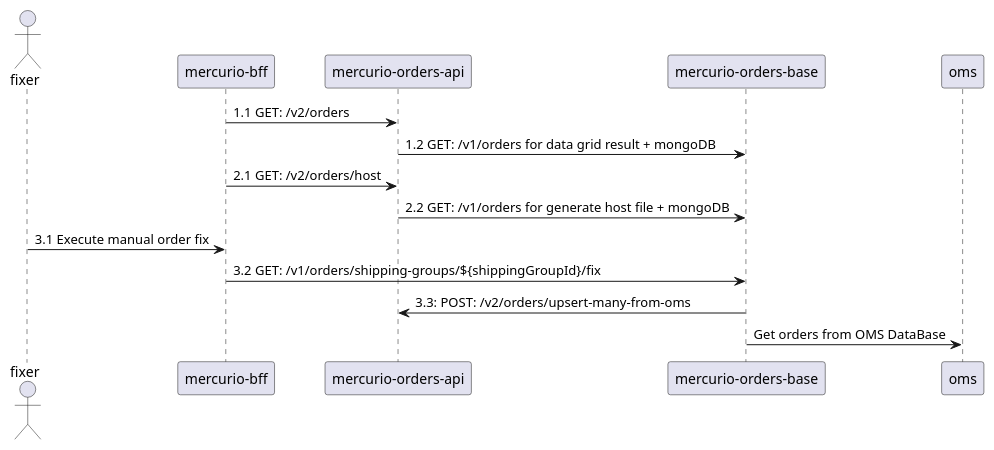
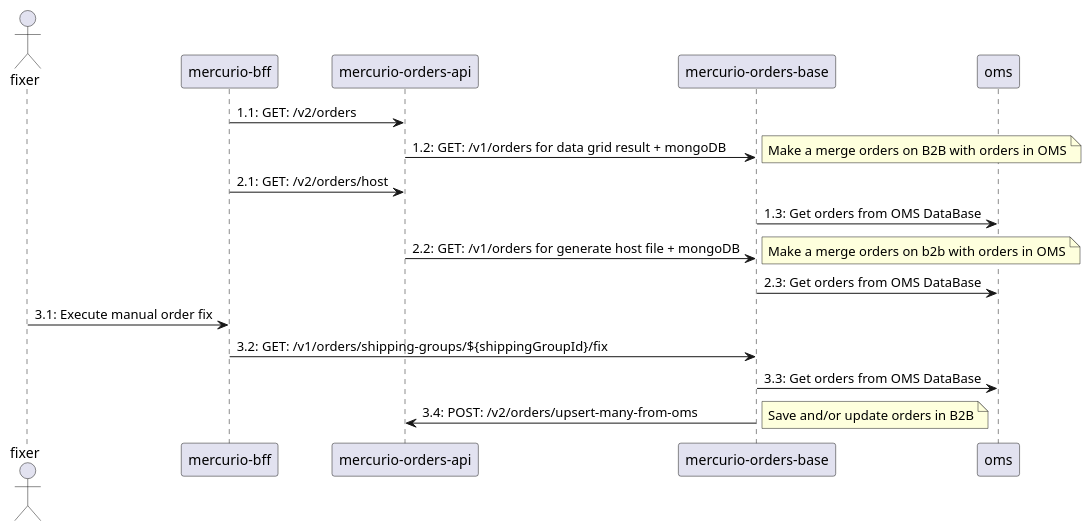
The diagram in B2BArchitectureDiagrams/mercurioOrdersApiOrdersBaseConnection.puml (zearkiatos/architecture-diagrams), drawn with PlantUML before and after one commit.

Commit message:
Add description

```diff
--- a/B2BArchitectureDiagrams/mercurioOrdersApiOrdersBaseConnection.puml
+++ b/B2BArchitectureDiagrams/mercurioOrdersApiOrdersBaseConnection.puml
@@ -1,11 +1,16 @@
 @startuml
 actor fixer
-"mercurio-bff" -> "mercurio-orders-api" : 1.1 GET: /v2/orders
-"mercurio-orders-api" -> "mercurio-orders-base" : 1.2 GET: /v1/orders for data grid result + mongoDB
-"mercurio-bff" -> "mercurio-orders-api" : 2.1 GET: /v2/orders/host
-"mercurio-orders-api" -> "mercurio-orders-base": 2.2 GET: /v1/orders for generate host file + mongoDB
-fixer -> "mercurio-bff" : 3.1 Execute manual order fix
-"mercurio-bff" -> "mercurio-orders-base" : 3.2 GET: /v1/orders/shipping-groups/${shippingGroupId}/fix
-"mercurio-orders-base" -> "mercurio-orders-api" : 3.3: POST: /v2/orders/upsert-many-from-oms
-oms <- "mercurio-orders-base" : Get orders from OMS DataBase
+"mercurio-bff" -> "mercurio-orders-api" : 1.1: GET: /v2/orders
+"mercurio-orders-api" -> "mercurio-orders-base" : 1.2: GET: /v1/orders for data grid result + mongoDB
+note right: Make a merge orders on B2B with orders in OMS
+"mercurio-bff" -> "mercurio-orders-api" : 2.1: GET: /v2/orders/host
+oms <- "mercurio-orders-base" : 1.3: Get orders from OMS DataBase
+"mercurio-orders-api" -> "mercurio-orders-base": 2.2: GET: /v1/orders for generate host file + mongoDB
+note right: Make a merge orders on b2b with orders in OMS
+oms <- "mercurio-orders-base" : 2.3: Get orders from OMS DataBase
+fixer -> "mercurio-bff" : 3.1: Execute manual order fix
+"mercurio-bff" -> "mercurio-orders-base" : 3.2: GET: /v1/orders/shipping-groups/${shippingGroupId}/fix
+oms <- "mercurio-orders-base" : 3.3: Get orders from OMS DataBase
+"mercurio-orders-base" -> "mercurio-orders-api" : 3.4: POST: /v2/orders/upsert-many-from-oms
+note right: Save and/or update orders in B2B
 @enduml
```
